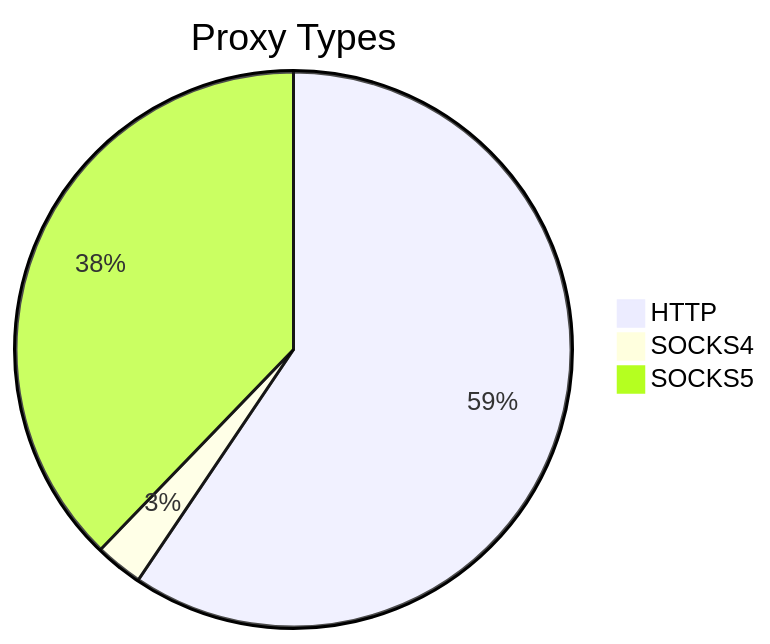
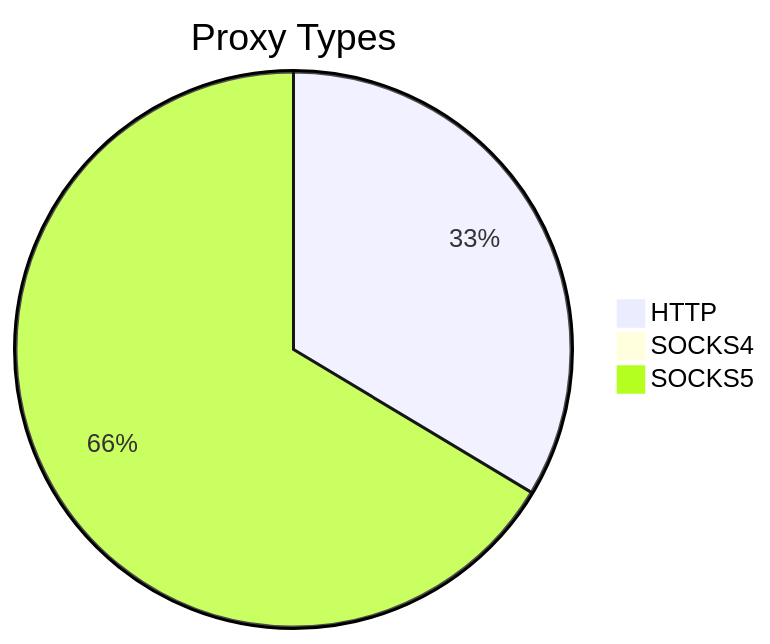
The first of 2 diagrams in README.md (stormsia/proxy-list), drawn with Mermaid before and after one commit. The commit also changed other lines of this file, not shown here.

````diff
--- a/README.md
+++ b/README.md
@@ -21,6 +21,6 @@
 ```mermaid
 pie title Proxy Types
-    "HTTP" : 1112
-    "SOCKS4" : 52
-    "SOCKS5" : 707
+    "HTTP" : 1015
+    "SOCKS4" : 23
+    "SOCKS5" : 2005
 ```
````
